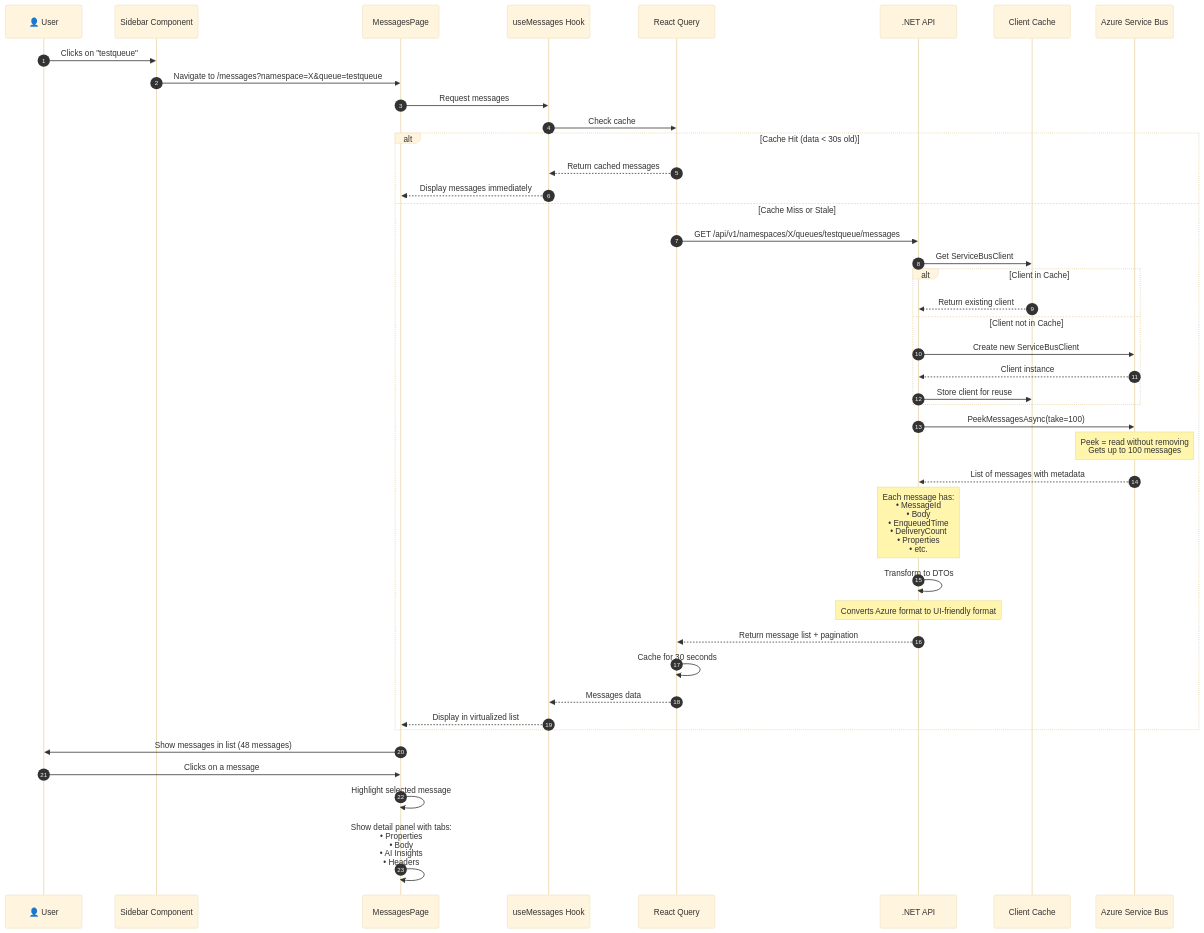
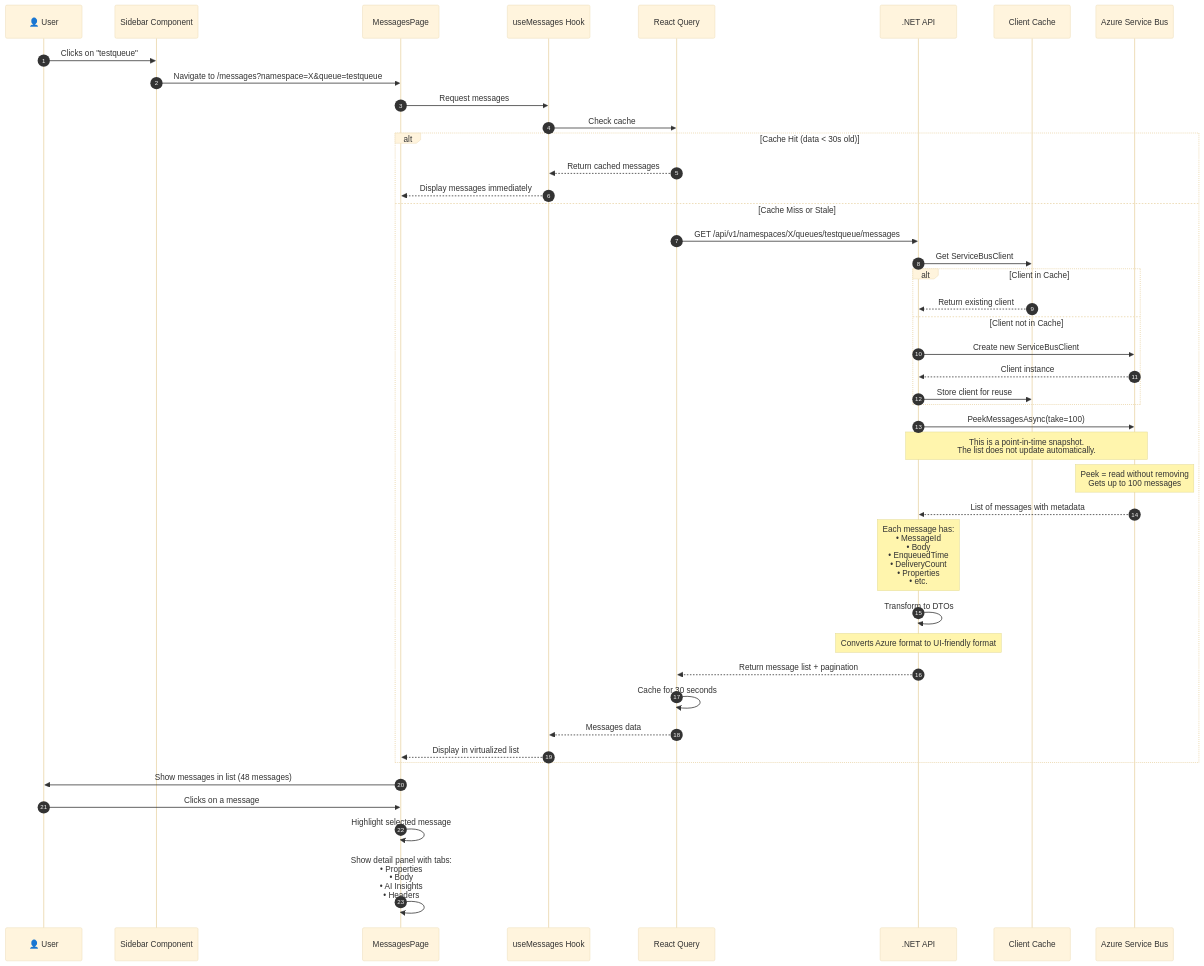
One commit to debdevops/servicehub changed the fourth of 12 diagrams in docs/COMPREHENSIVE-GUIDE.md. Above: the diagram before and after it, drawn with Mermaid. The commit also changed other lines of this file, not shown here.

````diff
--- a/docs/COMPREHENSIVE-GUIDE.md
+++ b/docs/COMPREHENSIVE-GUIDE.md
@@ -285,57 +285,58 @@
 ```mermaid
 %%{init: {'theme':'base', 'themeVariables': { 'fontSize':'16px'}}}%%
 sequenceDiagram
     autonumber
     
     participant User as 👤 User
     participant Sidebar as Sidebar Component
     participant MsgPage as MessagesPage
     participant Hook as useMessages Hook
     participant QueryClient as React Query
     participant API as .NET API
     participant Cache as Client Cache
     participant Azure as Azure Service Bus
     
     User->>Sidebar: Clicks on "testqueue"
     Sidebar->>MsgPage: Navigate to /messages?namespace=X&queue=testqueue
     
     MsgPage->>Hook: Request messages
     Hook->>QueryClient: Check cache
     
     alt Cache Hit (data < 30s old)
         QueryClient-->>Hook: Return cached messages
         Hook-->>MsgPage: Display messages immediately
     else Cache Miss or Stale
         QueryClient->>API: GET /api/v1/namespaces/X/queues/testqueue/messages
         
         API->>Cache: Get ServiceBusClient
         
         alt Client in Cache
             Cache-->>API: Return existing client
         else Client not in Cache
             API->>Azure: Create new ServiceBusClient
             Azure-->>API: Client instance
             API->>Cache: Store client for reuse
         end
         
         API->>Azure: PeekMessagesAsync(take=100)
+        Note over API,Azure: This is a point-in-time snapshot.<br/>The list does not update automatically.
         Note over Azure: Peek = read without removing<br/>Gets up to 100 messages
         
         Azure-->>API: List of messages with metadata
         Note over API: Each message has:<br/>• MessageId<br/>• Body<br/>• EnqueuedTime<br/>• DeliveryCount<br/>• Properties<br/>• etc.
         
         API->>API: Transform to DTOs
         Note over API: Converts Azure format to UI-friendly format
         
         API-->>QueryClient: Return message list + pagination
         QueryClient->>QueryClient: Cache for 30 seconds
         QueryClient-->>Hook: Messages data
         Hook-->>MsgPage: Display in virtualized list
     end
     
     MsgPage->>User: Show messages in list (48 messages)
     
     User->>MsgPage: Clicks on a message
     MsgPage->>MsgPage: Highlight selected message
     MsgPage->>MsgPage: Show detail panel with tabs:<br/>• Properties<br/>• Body<br/>• AI Insights<br/>• Headers
 ```
````
